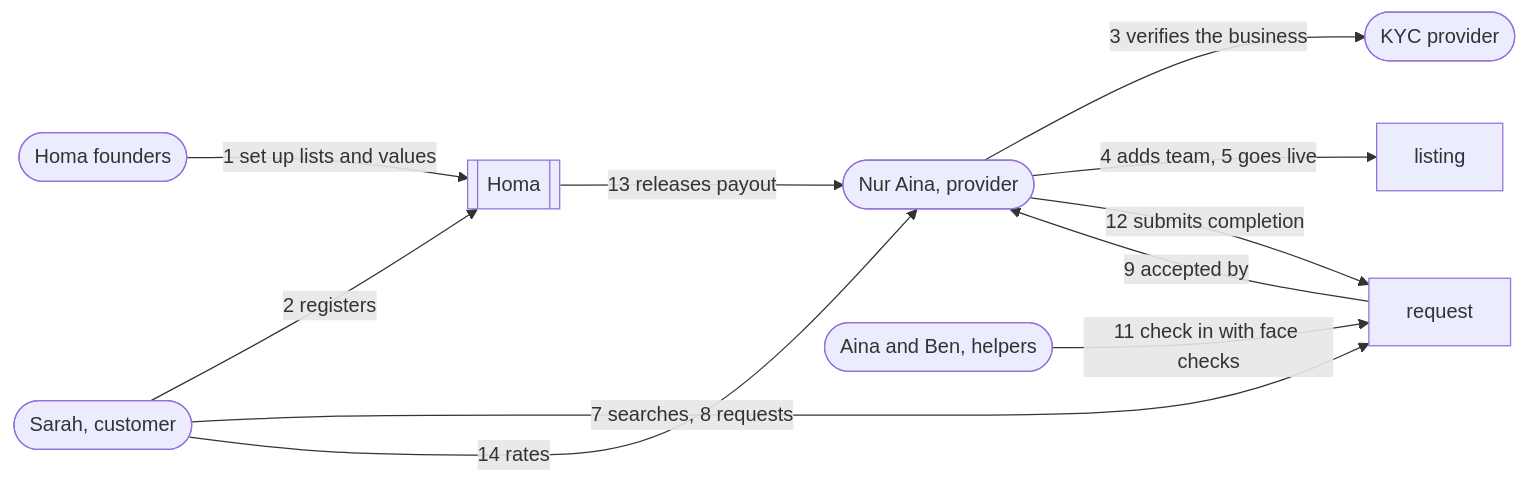
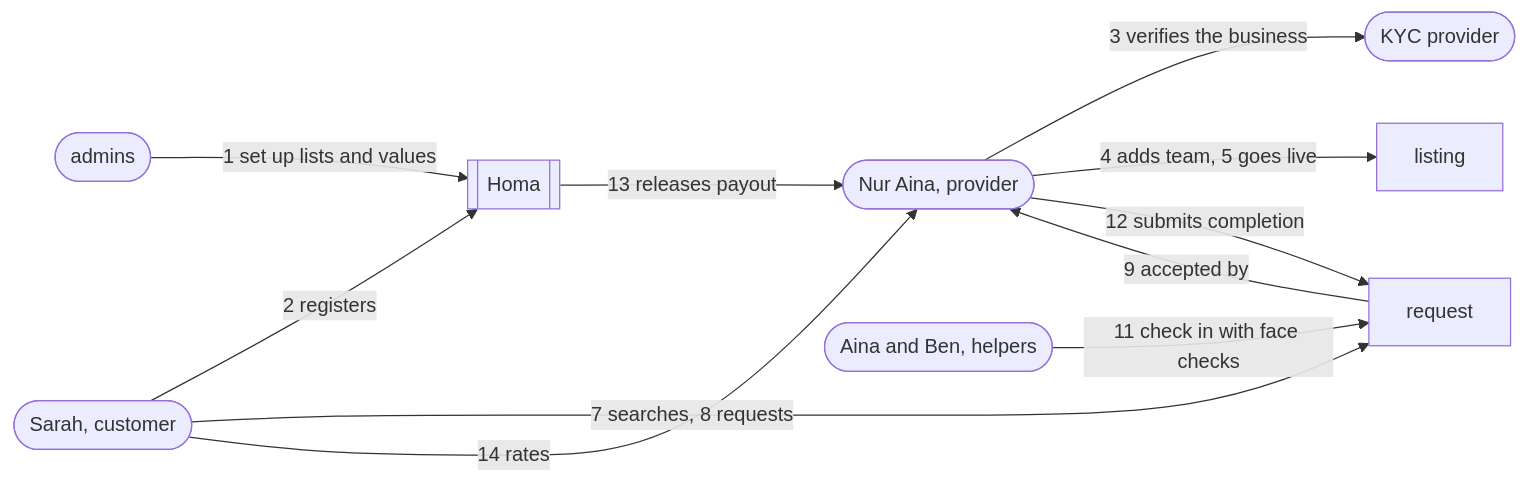
The first of 3 diagrams in docs/homa-domain-stories.md (luqq2500/homa), drawn with Mermaid before and after one commit. The commit also changed other lines of this file and 22 other files, not shown here.

````diff
--- a/docs/homa-domain-stories.md
+++ b/docs/homa-domain-stories.md
@@ -380,13 +380,13 @@
 ```mermaid
 flowchart LR
-    F([Homa founders]) -- "1 set up lists and values" --> H[[Homa]]
+    F([admins]) -- "1 set up lists and values" --> H[[Homa]]
     S([Sarah, customer]) -- "2 registers" --> H
     P([Nur Aina, provider]) -- "3 verifies the business" --> V([KYC provider])
     P -- "4 adds team, 5 goes live" --> L[listing]
     S -- "7 searches, 8 requests" --> R[request]
     R -- "9 accepted by" --> P
     T([Aina and Ben, helpers]) -- "11 check in with face checks" --> R
     P -- "12 submits completion" --> R
     H -- "13 releases payout" --> P
     S -- "14 rates" --> P
 ```
````
